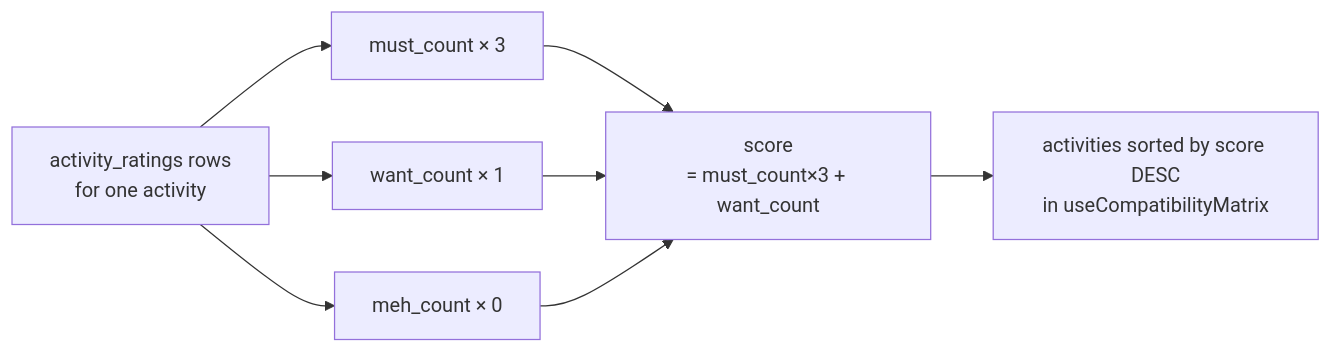
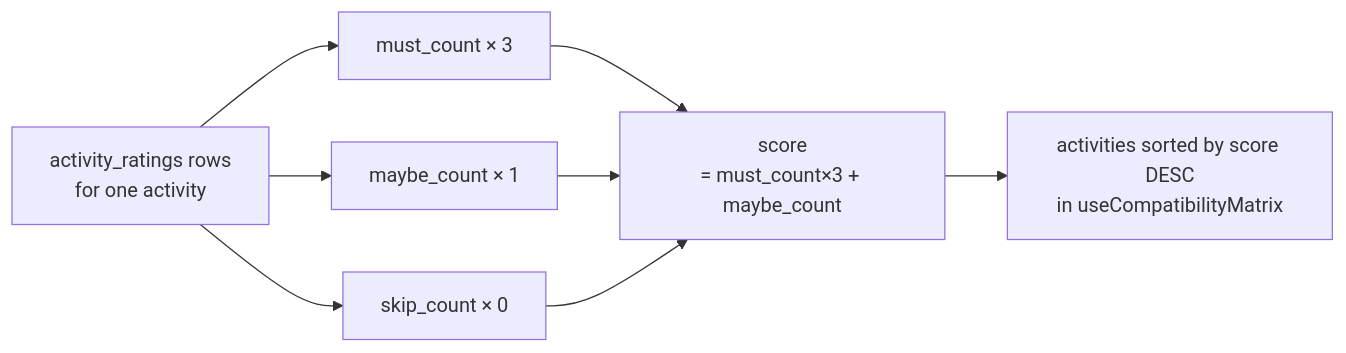
One commit to ChrisPipitone/pulse-travel changed the first of 3 diagrams in docs/RATING_MATRIX.md. Above: the diagram before and after it, drawn with Mermaid. The commit also changed other lines of this file and 11 other files, not shown here.

````diff
--- a/docs/RATING_MATRIX.md
+++ b/docs/RATING_MATRIX.md
@@ -21,9 +23,9 @@
 ```mermaid
 flowchart LR
     R["activity_ratings rows\nfor one activity"]
     R --> M["must_count × 3"]
-    R --> W["want_count × 1"]
-    R --> E["meh_count × 0"]
-    M & W & E --> S["score\n= must_count×3 + want_count"]
+    R --> W["maybe_count × 1"]
+    R --> E["skip_count × 0"]
+    M & W & E --> S["score\n= must_count×3 + maybe_count"]
     S --> Sort["activities sorted by score DESC\nin useCompatibilityMatrix"]
 ```
````
